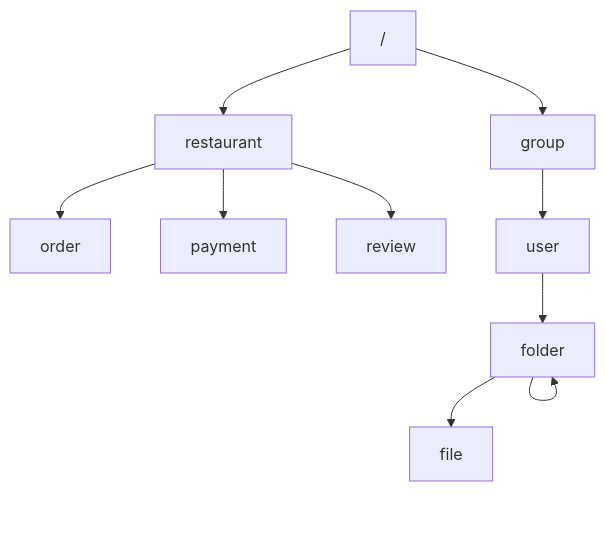
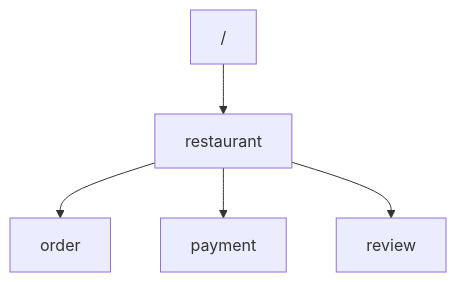
One commit to ppdx999/firepath changed the diagram in README.md. Above: the diagram before and after it, drawn with Mermaid. The commit also changed other lines of this file, not shown here.

````diff
--- a/README.md
+++ b/README.md
@@ -7,14 +7,7 @@
 ```mermaid
 graph TD;
   /-->restaurant;
-  /-->group;
-
   restaurant-->order;
   restaurant-->payment;
   restaurant-->review;
-
-  group-->user
-  user-->folder
-  folder-->file
-  folder-->folder
 ```
````
